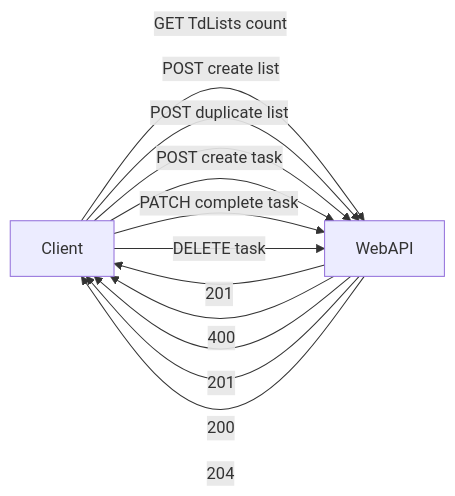
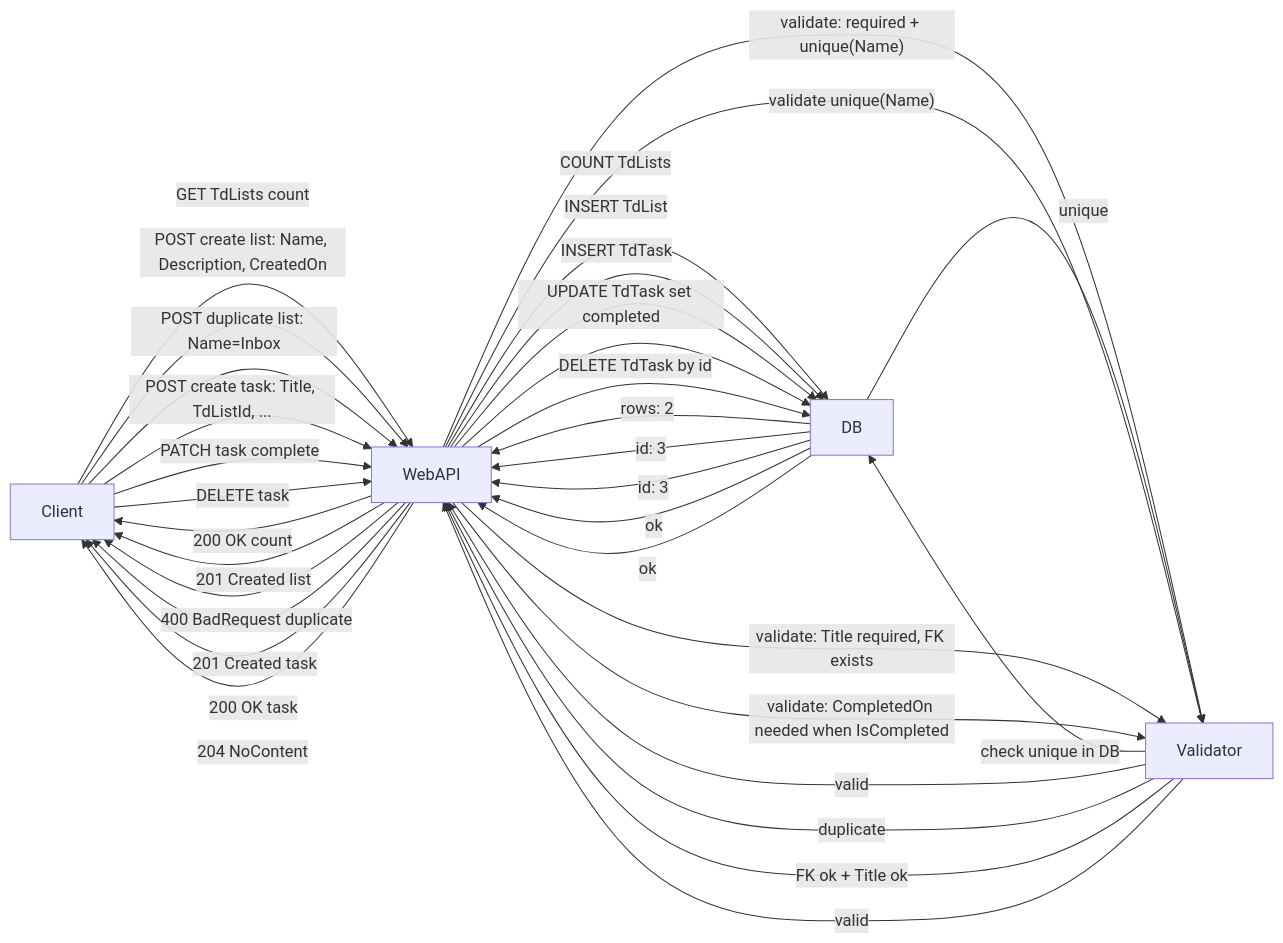
The diagram in docs/API_test_results_dokumentation.md (IxI-Enki/POSE_2025_26_uebung_02), drawn with Mermaid before and after one commit.

Commit message:
docs: expand mermaid flow with validation and DB interactions (LR layout)

````diff
--- a/docs/API_test_results_dokumentation.md
+++ b/docs/API_test_results_dokumentation.md
@@ -3,14 +3,40 @@
 ```mermaid
 flowchart LR
   A[Client] -->|"GET TdLists count"| B[WebAPI]
-  A -->|"POST create list"| B
-  B -->|"201"| A
-  A -->|"POST duplicate list"| B
-  B -->|"400"| A
-  A -->|"POST create task"| B
-  B -->|"201"| A
-  A -->|"PATCH complete task"| B
-  B -->|"200"| A
+  B -->|"COUNT TdLists"| D[DB]
+  D -->|"rows: 2"| B
+  B -->|"200 OK count"| A
+
+  A -->|"POST create list: Name, Description, CreatedOn"| B
+  B -->|"validate: required + unique(Name)"| C[Validator]
+  C -->|"check unique in DB"| D
+  D -->|"unique"| C
+  C -->|"valid"| B
+  B -->|"INSERT TdList"| D
+  D -->|"id: 3"| B
+  B -->|"201 Created list"| A
+
+  A -->|"POST duplicate list: Name=Inbox"| B
+  B -->|"validate unique(Name)"| C
+  C -->|"duplicate"| B
+  B -->|"400 BadRequest duplicate"| A
+
+  A -->|"POST create task: Title, TdListId, ..."| B
+  B -->|"validate: Title required, FK exists"| C
+  C -->|"FK ok + Title ok"| B
+  B -->|"INSERT TdTask"| D
+  D -->|"id: 3"| B
+  B -->|"201 Created task"| A
+
+  A -->|"PATCH task complete"| B
+  B -->|"validate: CompletedOn needed when IsCompleted"| C
+  C -->|"valid"| B
+  B -->|"UPDATE TdTask set completed"| D
+  D -->|"ok"| B
+  B -->|"200 OK task"| A
+
   A -->|"DELETE task"| B
-  B -->|"204"| A
+  B -->|"DELETE TdTask by id"| D
+  D -->|"ok"| B
+  B -->|"204 NoContent"| A
 ```
````
